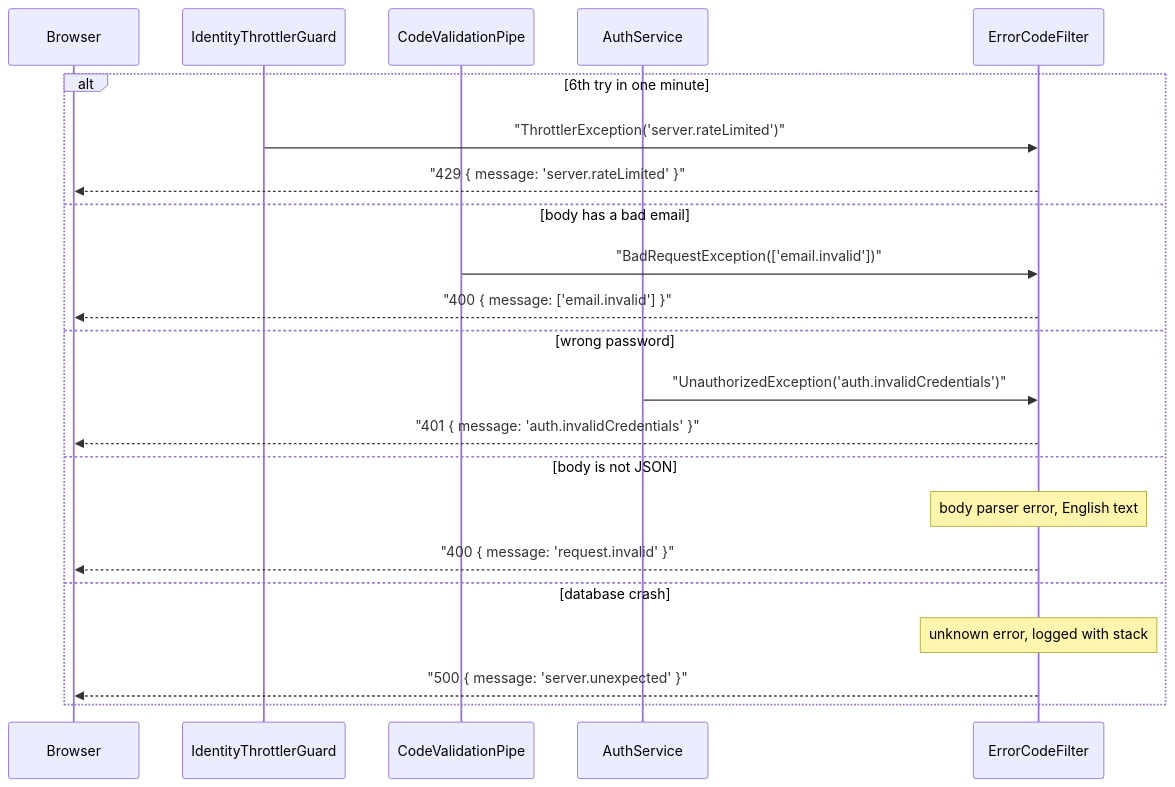
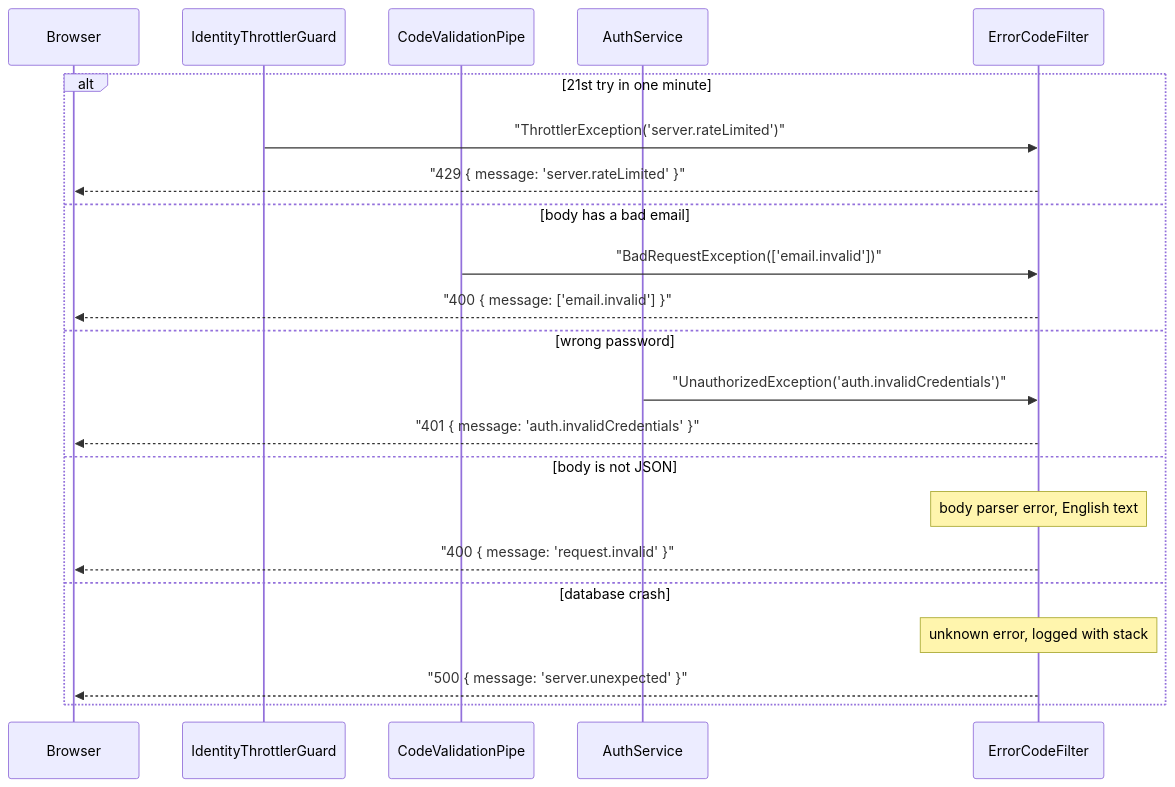
One commit to VictorBro/ft_transcendence changed the seventh of 7 diagrams in docs/api/02-boot-and-request-flow.md. Above: the diagram before and after it, drawn with Mermaid. The commit also changed other lines of this file and 223 other files, not shown here.

````diff
--- a/docs/api/02-boot-and-request-flow.md
+++ b/docs/api/02-boot-and-request-flow.md
@@ -657,25 +658,25 @@
 ```mermaid
 sequenceDiagram
     participant B as Browser
     participant TG as IdentityThrottlerGuard
     participant P as CodeValidationPipe
     participant S as AuthService
     participant F as ErrorCodeFilter
 
-    alt 6th try in one minute
+    alt 21st try in one minute
         TG->>F: "ThrottlerException('server.rateLimited')"
         F-->>B: "429 { message: 'server.rateLimited' }"
     else body has a bad email
         P->>F: "BadRequestException(['email.invalid'])"
         F-->>B: "400 { message: ['email.invalid'] }"
     else wrong password
         S->>F: "UnauthorizedException('auth.invalidCredentials')"
         F-->>B: "401 { message: 'auth.invalidCredentials' }"
     else body is not JSON
         Note over F: body parser error, English text
         F-->>B: "400 { message: 'request.invalid' }"
     else database crash
         Note over F: unknown error, logged with stack
         F-->>B: "500 { message: 'server.unexpected' }"
     end
 ```
````
